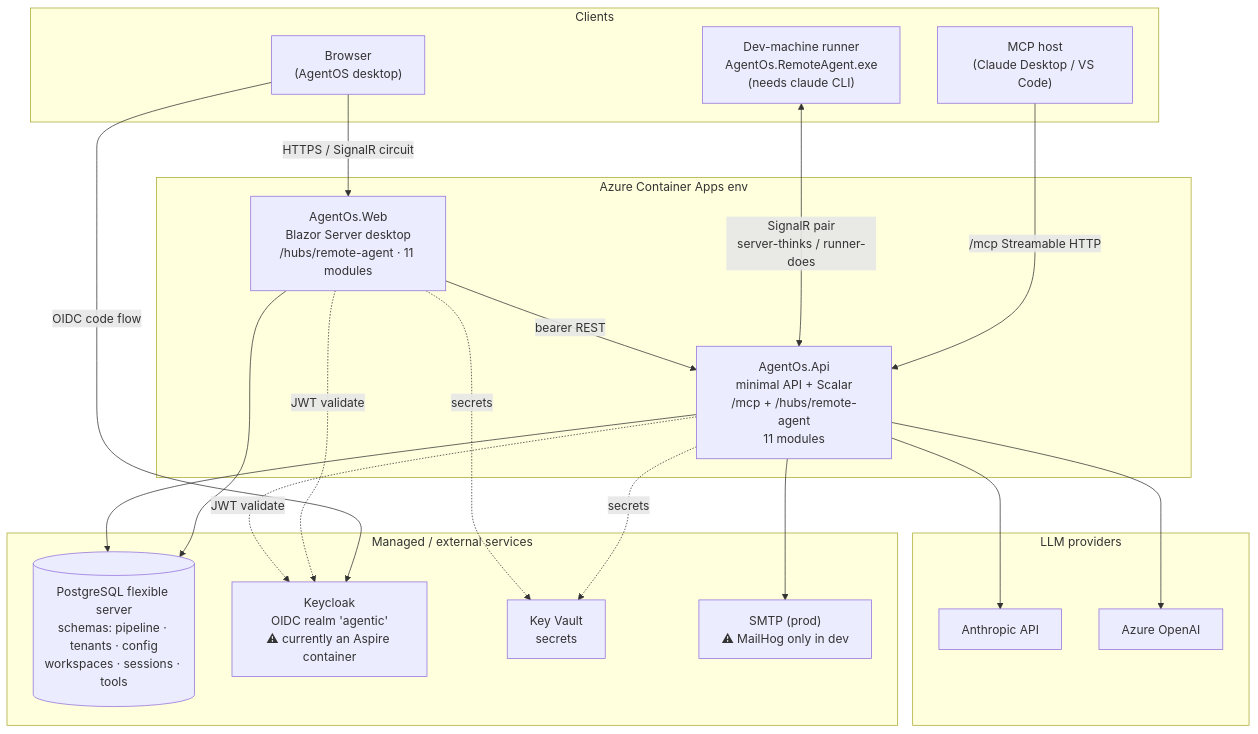
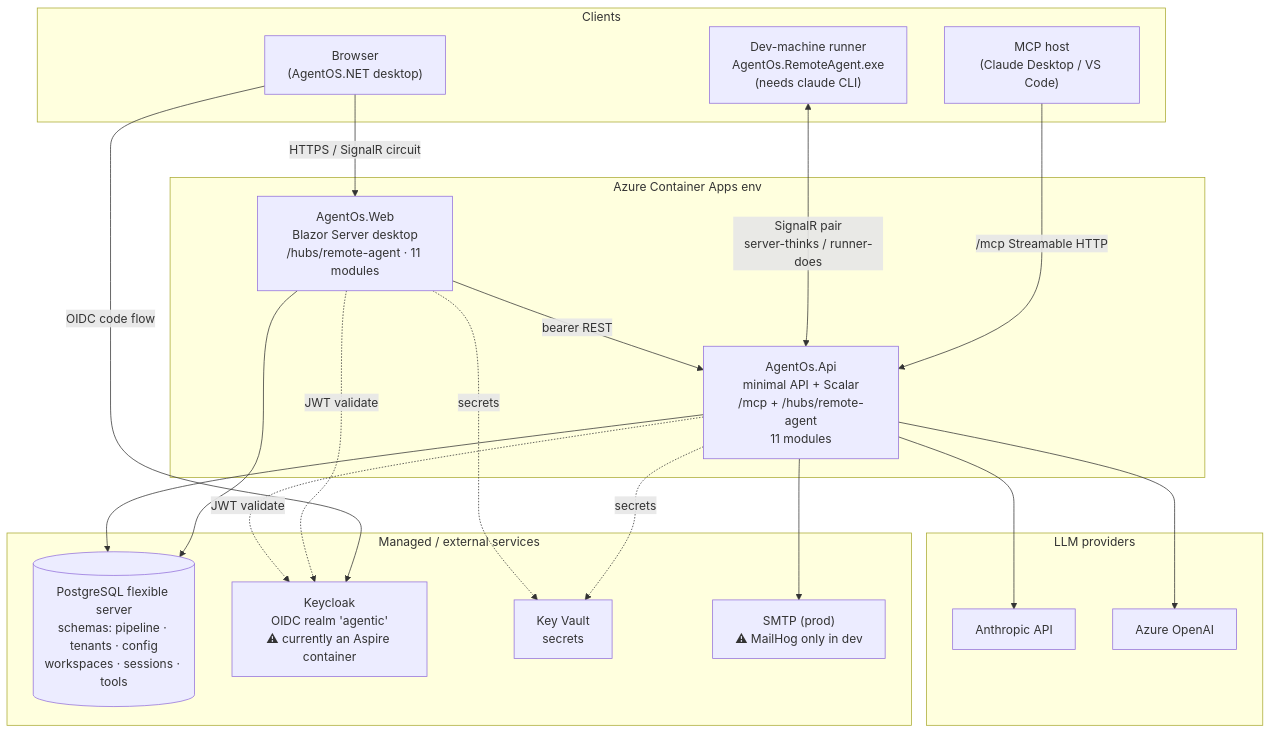
One commit to hoangsnowy/AgentOS.NET changed the first of 5 diagrams in docs/architecture.md. Above: the diagram before and after it, drawn with Mermaid. The commit also changed other lines of this file and 106 other files, not shown here.

First line of the commit message:
chore(brand): rename the product to AgentOS.NET

````diff
--- a/docs/architecture.md
+++ b/docs/architecture.md
@@ -20,41 +20,41 @@
 ```mermaid
 flowchart TB
   subgraph clients[Clients]
-    Browser["Browser<br/>(AgentOS desktop)"]
+    Browser["Browser<br/>(AgentOS.NET desktop)"]
     MCPhost["MCP host<br/>(Claude Desktop / VS Code)"]
     Runner["Dev-machine runner<br/>AgentOs.RemoteAgent.exe<br/>(needs claude CLI)"]
   end
 
   subgraph aca["Azure Container Apps env"]
     Web["AgentOs.Web<br/>Blazor Server desktop<br/>/hubs/remote-agent · 11 modules"]
     Api["AgentOs.Api<br/>minimal API + Scalar<br/>/mcp + /hubs/remote-agent<br/>11 modules"]
   end
 
   subgraph managed["Managed / external services"]
     PG[("PostgreSQL flexible server<br/>schemas: pipeline · tenants · config<br/>workspaces · sessions · tools")]
     KC["Keycloak<br/>OIDC realm 'agentic'<br/>⚠ currently an Aspire container"]
     KV["Key Vault<br/>secrets"]
     SMTP["SMTP (prod)<br/>⚠ MailHog only in dev"]
   end
 
   subgraph providers[LLM providers]
     ANTH["Anthropic API"]
     AOAI["Azure OpenAI"]
   end
 
   Browser -->|"OIDC code flow"| KC
   Browser -->|"HTTPS / SignalR circuit"| Web
   MCPhost -->|"/mcp Streamable HTTP"| Api
   Runner <-->|"SignalR pair<br/>server-thinks / runner-does"| Api
 
   Web -->|"bearer REST"| Api
   Web --> PG
   Api --> PG
   Web -.->|"JWT validate"| KC
   Api -.->|"JWT validate"| KC
   Api -.secrets.-> KV
   Web -.secrets.-> KV
   Api --> SMTP
   Api --> ANTH
   Api --> AOAI
 ```
````
